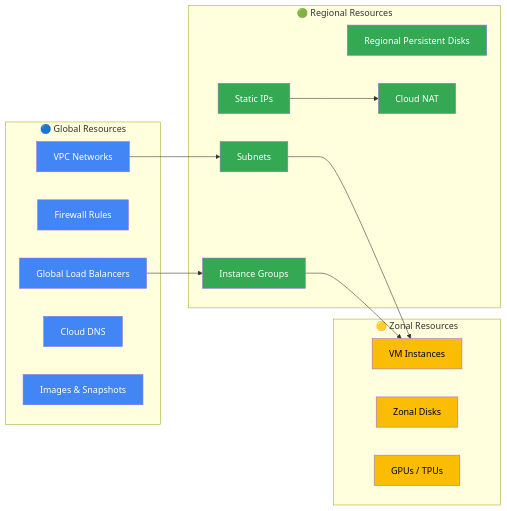
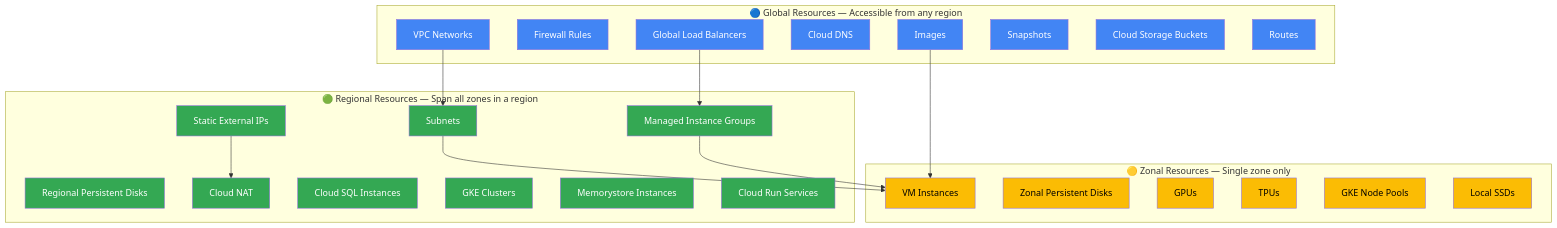
Before and after one commit to ShasidharReddy/GCP-Cloud-Engineer: the sixth of 32 diagrams in Architecture/README.md, drawn with Mermaid. The commit also changed other lines of this file and 2 other files, not shown here.

````diff
--- a/Architecture/README.md
+++ b/Architecture/README.md
@@ -240,42 +368,63 @@
 ```mermaid
-graph LR
-    subgraph "🔵 Global Resources"
+graph TB
+    subgraph "🔵 Global Resources — Accessible from any region"
         VPC["VPC Networks"]
         FW["Firewall Rules"]
-        LB["Global Load Balancers"]
+        GLB["Global Load Balancers"]
         DNS["Cloud DNS"]
-        IMG["Images & Snapshots"]
+        IMG["Images"]
+        SNAP["Snapshots"]
+        GCS_G["Cloud Storage Buckets"]
+        Routes["Routes"]
     end
 
-    subgraph "🟢 Regional Resources"
+    subgraph "🟢 Regional Resources — Span all zones in a region"
         SUB["Subnets"]
-        SIP["Static IPs"]
-        DISK["Regional Persistent Disks"]
-        IG["Instance Groups"]
+        SIP["Static External IPs"]
+        RD["Regional Persistent Disks"]
+        MIG["Managed Instance Groups"]
         NAT2["Cloud NAT"]
+        CSQL["Cloud SQL Instances"]
+        GKE_C["GKE Clusters"]
+        MemS["Memorystore Instances"]
+        CR["Cloud Run Services"]
     end
 
-    subgraph "🟡 Zonal Resources"
+    subgraph "🟡 Zonal Resources — Single zone only"
         VM["VM Instances"]
-        ZD["Zonal Disks"]
-        GPU["GPUs / TPUs"]
+        ZD["Zonal Persistent Disks"]
+        GPU["GPUs"]
+        TPU["TPUs"]
+        NP["GKE Node Pools"]
+        LS["Local SSDs"]
     end
 
     VPC --> SUB --> VM
-    LB --> IG --> VM
+    GLB --> MIG --> VM
+    IMG --> VM
     SIP --> NAT2
 
     style VPC fill:#4285F4,color:#fff
     style FW fill:#4285F4,color:#fff
-    style LB fill:#4285F4,color:#fff
+    style GLB fill:#4285F4,color:#fff
     style DNS fill:#4285F4,color:#fff
     style IMG fill:#4285F4,color:#fff
+    style SNAP fill:#4285F4,color:#fff
+    style GCS_G fill:#4285F4,color:#fff
+    style Routes fill:#4285F4,color:#fff
     style SUB fill:#34A853,color:#fff
     style SIP fill:#34A853,color:#fff
-    style DISK fill:#34A853,color:#fff
-    style IG fill:#34A853,color:#fff
+    style RD fill:#34A853,color:#fff
+    style MIG fill:#34A853,color:#fff
     style NAT2 fill:#34A853,color:#fff
+    style CSQL fill:#34A853,color:#fff
+    style GKE_C fill:#34A853,color:#fff
+    style MemS fill:#34A853,color:#fff
+    style CR fill:#34A853,color:#fff
     style VM fill:#FBBC04,color:#000
     style ZD fill:#FBBC04,color:#000
     style GPU fill:#FBBC04,color:#000
+    style TPU fill:#FBBC04,color:#000
+    style NP fill:#FBBC04,color:#000
+    style LS fill:#FBBC04,color:#000
 ```
````
